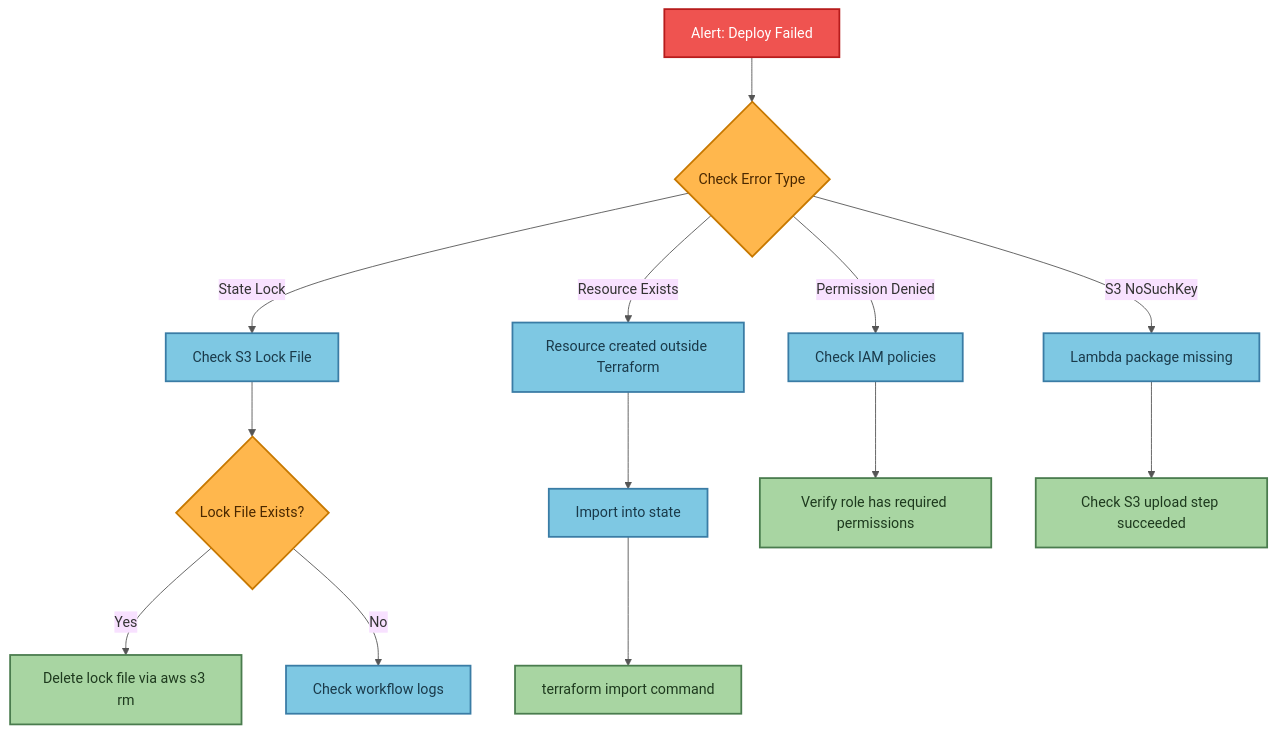
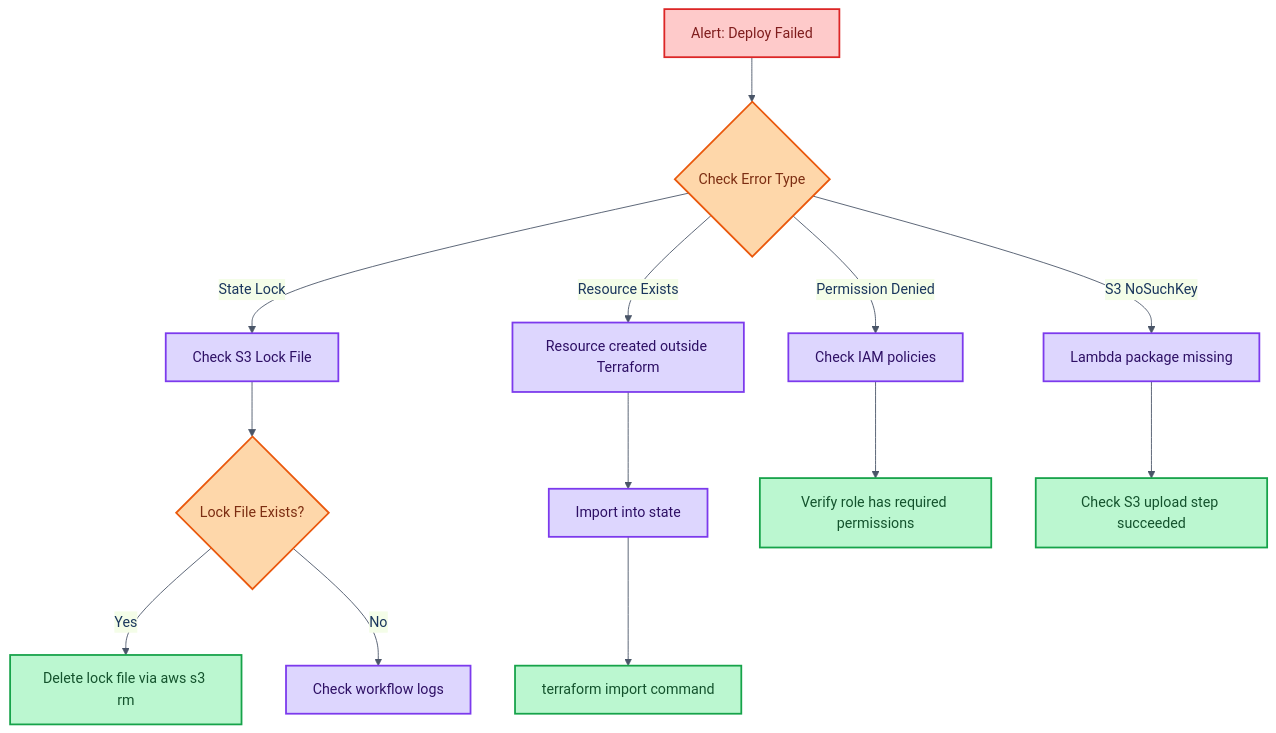
One commit to traylorre/sentiment-analyzer-gsk changed the fifth of 9 diagrams in docs/TERRAFORM_DEPLOYMENT_FLOW.md. Above: the diagram before and after it, drawn with Mermaid. The commit also changed other lines of this file and 3 other files, not shown here.

First line of the commit message:
docs: Update all diagrams with unified WCAG-compliant color palette

````diff
--- a/docs/TERRAFORM_DEPLOYMENT_FLOW.md
+++ b/docs/TERRAFORM_DEPLOYMENT_FLOW.md
@@ -196,30 +196,30 @@
 ```mermaid
-%%{init: {'theme':'base', 'themeVariables': {'primaryColor':'#fff8e1', 'primaryTextColor':'#333', 'primaryBorderColor':'#c9a227', 'lineColor':'#555'}}}%%
+%%{init: {'theme': 'base', 'themeVariables': {'primaryColor': '#e8f4fd', 'primaryTextColor': '#1a365d', 'primaryBorderColor': '#3182ce', 'lineColor': '#4a5568'}}}%%
 flowchart TB
     A[Alert: Deploy Failed] --> B{Check Error Type}
 
     B -->|State Lock| C[Check S3 Lock File]
     C --> D{Lock File Exists?}
     D -->|Yes| E[Delete lock file via aws s3 rm]
     D -->|No| F[Check workflow logs]
 
     B -->|Resource Exists| G[Resource created outside Terraform]
     G --> H[Import into state]
     H --> I[terraform import command]
 
     B -->|Permission Denied| J[Check IAM policies]
     J --> K[Verify role has required permissions]
 
     B -->|S3 NoSuchKey| L[Lambda package missing]
     L --> M[Check S3 upload step succeeded]
 
-    classDef alertNode fill:#ef5350,stroke:#b71c1c,stroke-width:2px,color:#fff
-    classDef decisionNode fill:#ffb74d,stroke:#c77800,stroke-width:2px,color:#4a2800
-    classDef processNode fill:#7ec8e3,stroke:#3a7ca5,stroke-width:2px,color:#1a3a4a
-    classDef actionNode fill:#a8d5a2,stroke:#4a7c4e,stroke-width:2px,color:#1e3a1e
+    classDef alertNode fill:#fecaca,stroke:#dc2626,stroke-width:2px,color:#7f1d1d
+    classDef decisionNode fill:#fed7aa,stroke:#ea580c,stroke-width:2px,color:#7c2d12
+    classDef processNode fill:#ddd6fe,stroke:#7c3aed,stroke-width:2px,color:#2e1065
+    classDef actionNode fill:#bbf7d0,stroke:#16a34a,stroke-width:2px,color:#14532d
 
     class A alertNode
     class B,D decisionNode
     class C,F,G,H,J,L processNode
     class E,I,K,M actionNode
 ```
````
